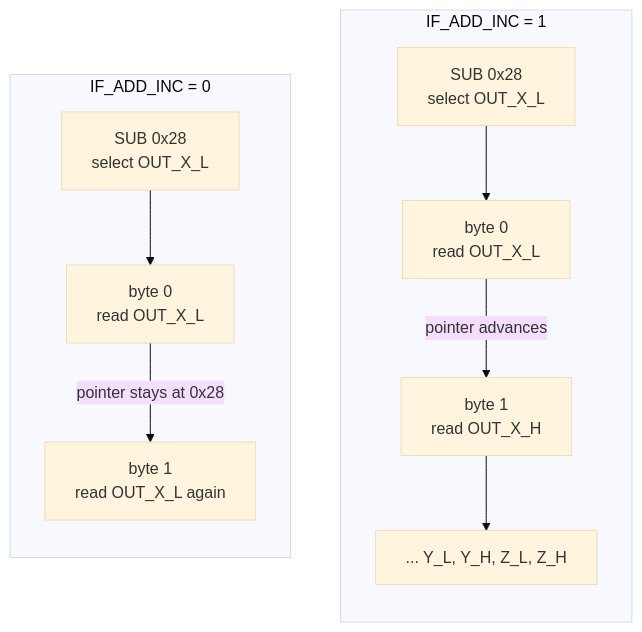
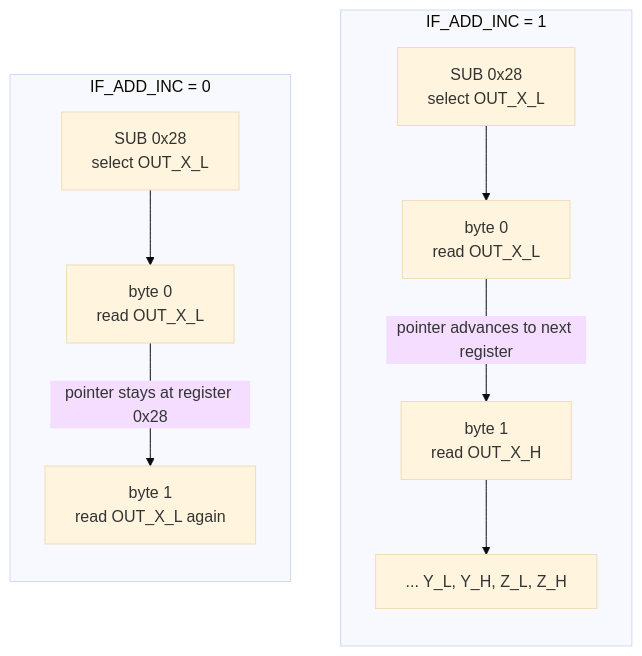
The diagram in README.md (moschiel/renode-lis2dw12-tutorial), drawn with Mermaid (base theme) before and after one commit. The commit also changed other lines of this file, not shown here.

````diff
--- a/README.md
+++ b/README.md
@@ -678,17 +678,17 @@
 ```mermaid
 flowchart LR
     subgraph disabled["IF_ADD_INC = 0"]
         direction TB
         D0["SUB 0x28<br/>select OUT_X_L"] --> D1["byte 0<br/>read OUT_X_L"]
-        D1 -->|"pointer stays at 0x28"| D2["byte 1<br/>read OUT_X_L again"]
+        D1 -->|"pointer stays at register 0x28"| D2["byte 1<br/>read OUT_X_L again"]
     end
 
     subgraph enabled["IF_ADD_INC = 1"]
         direction TB
         E0["SUB 0x28<br/>select OUT_X_L"] --> E1["byte 0<br/>read OUT_X_L"]
-        E1 -->|"pointer advances"| E2["byte 1<br/>read OUT_X_H"]
+        E1 -->|"pointer advances to next register"| E2["byte 1<br/>read OUT_X_H"]
         E2 --> E3["... Y_L, Y_H, Z_L, Z_H"]
     end
 
     disabled ~~~ enabled
 ```
````
